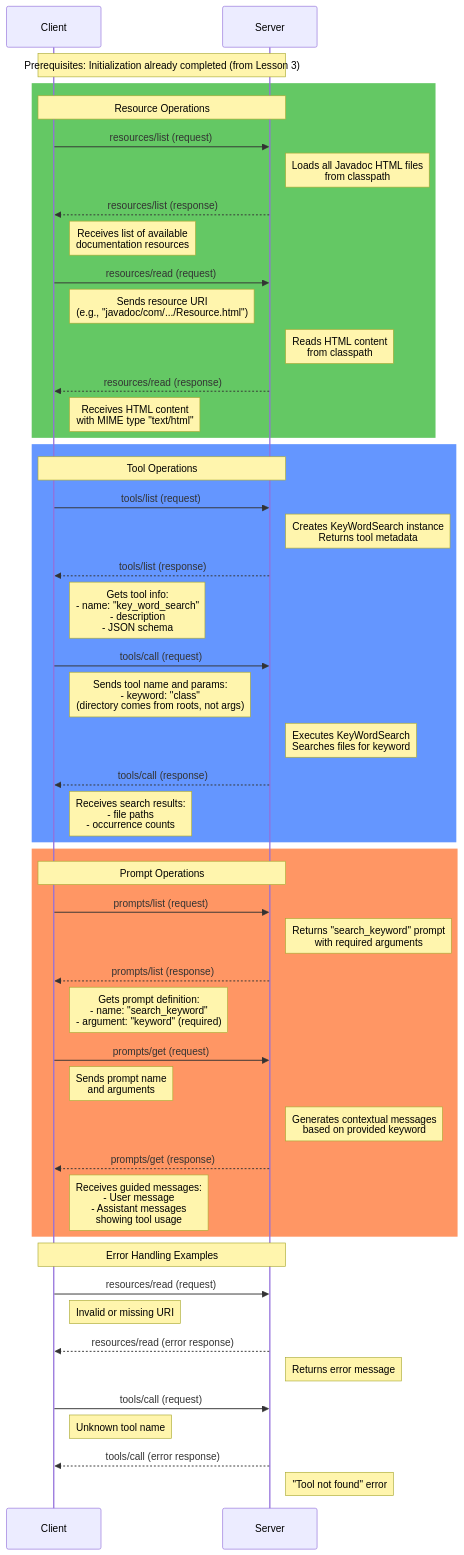
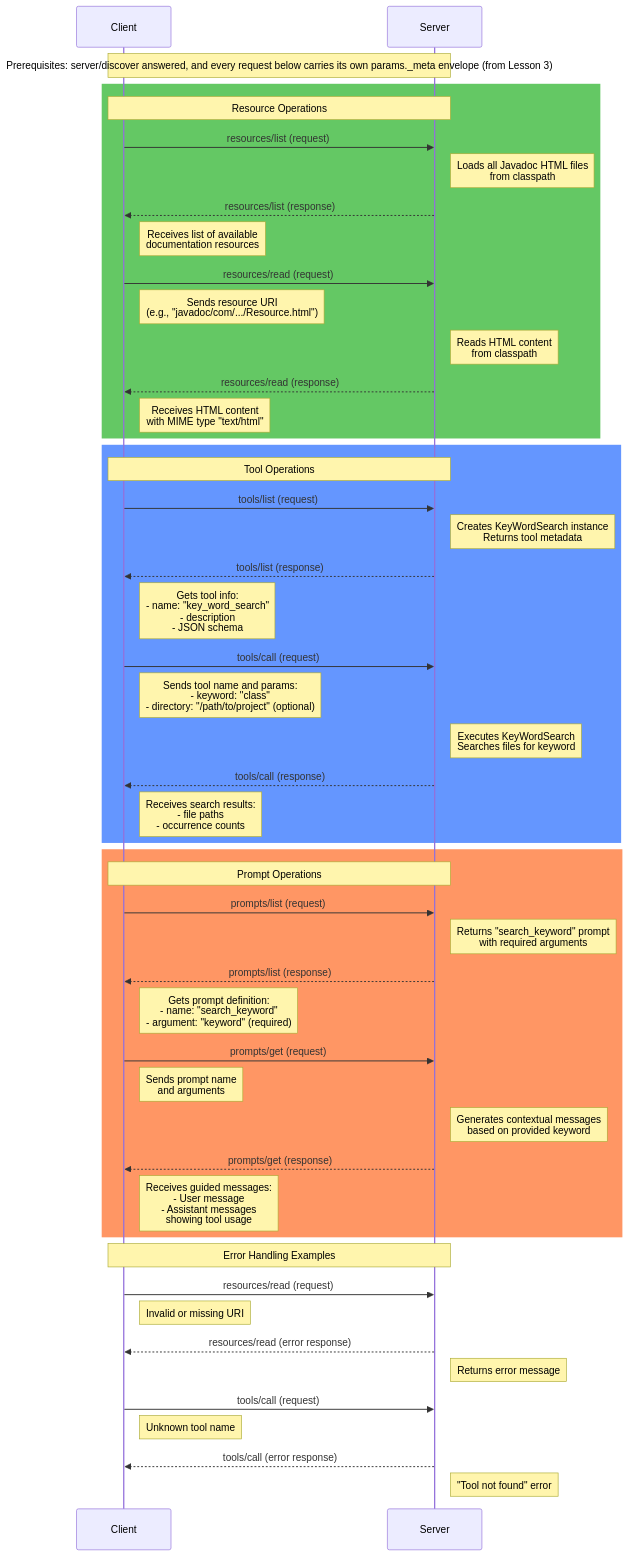
The diagram in lessons/04-mcp-message-flow.md (David-Parry/agent-mcp-workshop), drawn with Mermaid before and after one commit. The commit also changed 138 other files, not shown here.

````diff
--- a/lessons/04-mcp-message-flow.md
+++ b/lessons/04-mcp-message-flow.md
@@ -5,61 +5,61 @@
 ```mermaid
 sequenceDiagram
     participant Client
     participant Server
     
-    Note over Client,Server: Prerequisites: Initialization already completed (from Lesson 3)
+    Note over Client,Server: Prerequisites: server/discover answered, and every request below carries its own params._meta envelope (from Lesson 3)
     
     rect rgb(100, 200, 100)
         Note over Client,Server: Resource Operations
         Client->>Server: resources/list (request)
         Note right of Server: Loads all Javadoc HTML files<br/>from classpath
         Server-->>Client: resources/list (response)
         Note right of Client: Receives list of available<br/>documentation resources
         
         Client->>Server: resources/read (request)
         Note right of Client: Sends resource URI<br/>(e.g., "javadoc/com/.../Resource.html")
         Note right of Server: Reads HTML content<br/>from classpath
         Server-->>Client: resources/read (response)
         Note right of Client: Receives HTML content<br/>with MIME type "text/html"
     end
     
     rect rgb(100, 150, 255)
         Note over Client,Server: Tool Operations
         Client->>Server: tools/list (request)
         Note right of Server: Creates KeyWordSearch instance<br/>Returns tool metadata
         Server-->>Client: tools/list (response)
         Note right of Client: Gets tool info:<br/>- name: "key_word_search"<br/>- description<br/>- JSON schema
         
         Client->>Server: tools/call (request)
-        Note right of Client: Sends tool name and params:<br/>- keyword: "class"<br/>(directory comes from roots, not args)
+        Note right of Client: Sends tool name and params:<br/>- keyword: "class"<br/>- directory: "/path/to/project" (optional)
         Note right of Server: Executes KeyWordSearch<br/>Searches files for keyword
         Server-->>Client: tools/call (response)
         Note right of Client: Receives search results:<br/>- file paths<br/>- occurrence counts
     end
     
     rect rgb(255, 150, 100)
         Note over Client,Server: Prompt Operations
         Client->>Server: prompts/list (request)
         Note right of Server: Returns "search_keyword" prompt<br/>with required arguments
         Server-->>Client: prompts/list (response)
         Note right of Client: Gets prompt definition:<br/>- name: "search_keyword"<br/>- argument: "keyword" (required)
         
         Client->>Server: prompts/get (request)
         Note right of Client: Sends prompt name<br/>and arguments
         Note right of Server: Generates contextual messages<br/>based on provided keyword
         Server-->>Client: prompts/get (response)
         Note right of Client: Receives guided messages:<br/>- User message<br/>- Assistant messages<br/>showing tool usage
     end
     
     Note over Client,Server: Error Handling Examples
     
     Client->>Server: resources/read (request)
     Note right of Client: Invalid or missing URI
     Server-->>Client: resources/read (error response)
     Note right of Server: Returns error message
     
     Client->>Server: tools/call (request)
     Note right of Client: Unknown tool name
     Server-->>Client: tools/call (error response)
     Note right of Server: "Tool not found" error
 ```
````
